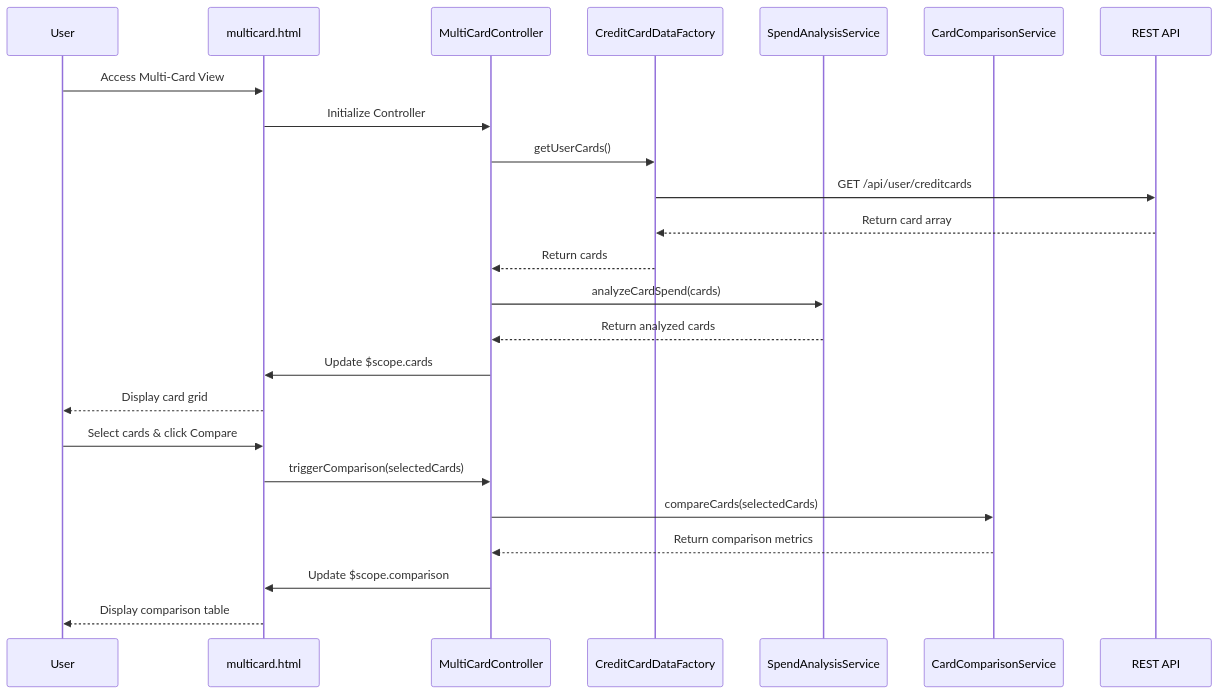
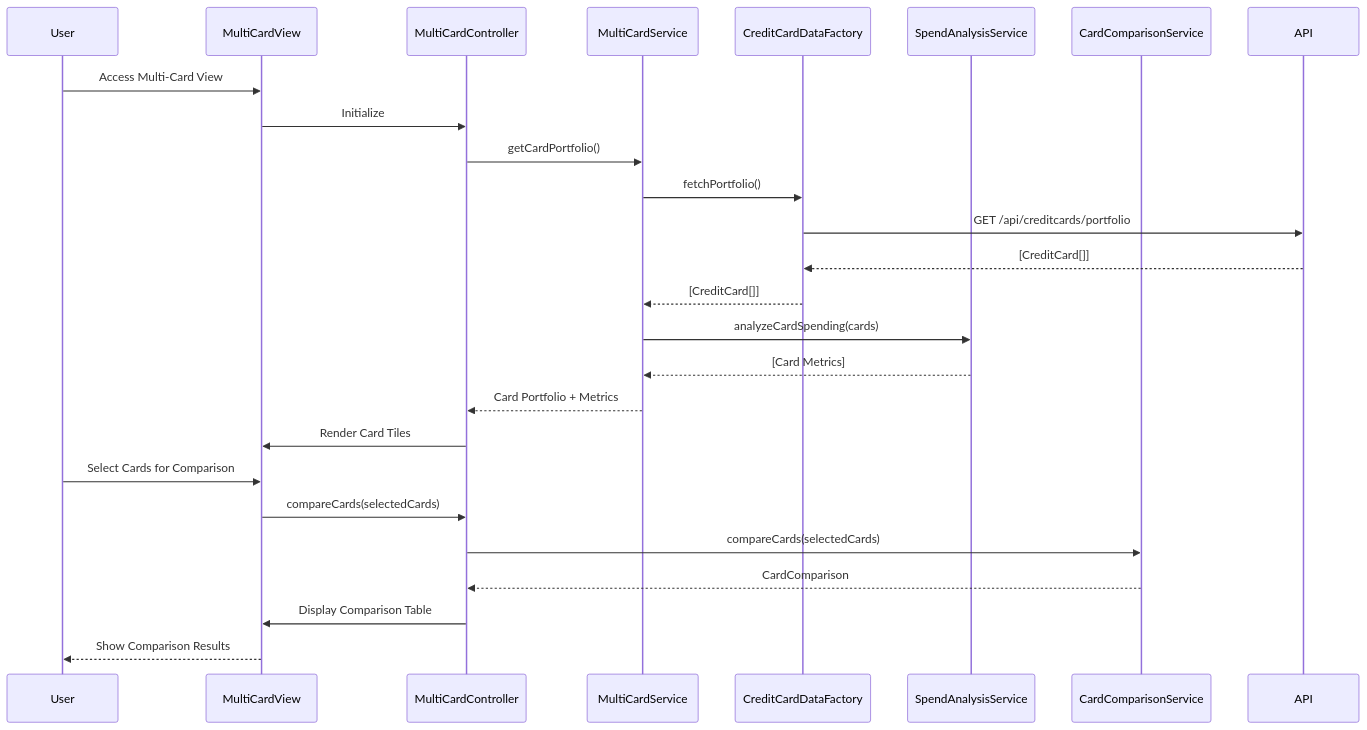
The diagram in LLD/QE-4629_LLD.md (Davamani-git/APB_Demo), drawn with Mermaid before and after one commit. The commit also changed other lines of this file and 2 other files, not shown here.

````diff
--- a/LLD/QE-4629_LLD.md
+++ b/LLD/QE-4629_LLD.md
@@ -86,27 +98,29 @@
 ```mermaid
 sequenceDiagram
     participant User
-    participant View as multicard.html
-    participant Controller as MultiCardController
-    participant Factory as CreditCardDataFactory
-    participant AnalysisService as SpendAnalysisService
-    participant ComparisonService as CardComparisonService
-    participant API as REST API
+    participant MultiCardView
+    participant MultiCardController
+    participant MultiCardService
+    participant CreditCardDataFactory
+    participant SpendAnalysisService
+    participant CardComparisonService
+    participant API
 
-    User->>View: Access Multi-Card View
-    View->>Controller: Initialize Controller
-    Controller->>Factory: getUserCards()
-    Factory->>API: GET /api/user/creditcards
-    API-->>Factory: Return card array
-    Factory-->>Controller: Return cards
-    Controller->>AnalysisService: analyzeCardSpend(cards)
-    AnalysisService-->>Controller: Return analyzed cards
-    Controller->>View: Update $scope.cards
-    View-->>User: Display card grid
-    User->>View: Select cards & click Compare
-    View->>Controller: triggerComparison(selectedCards)
-    Controller->>ComparisonService: compareCards(selectedCards)
-    ComparisonService-->>Controller: Return comparison metrics
-    Controller->>View: Update $scope.comparison
-    View-->>User: Display comparison table
+    User->>MultiCardView: Access Multi-Card View
+    MultiCardView->>MultiCardController: Initialize
+    MultiCardController->>MultiCardService: getCardPortfolio()
+    MultiCardService->>CreditCardDataFactory: fetchPortfolio()
+    CreditCardDataFactory->>API: GET /api/creditcards/portfolio
+    API-->>CreditCardDataFactory: [CreditCard[]]
+    CreditCardDataFactory-->>MultiCardService: [CreditCard[]]
+    MultiCardService->>SpendAnalysisService: analyzeCardSpending(cards)
+    SpendAnalysisService-->>MultiCardService: [Card Metrics]
+    MultiCardService-->>MultiCardController: Card Portfolio + Metrics
+    MultiCardController->>MultiCardView: Render Card Tiles
+    User->>MultiCardView: Select Cards for Comparison
+    MultiCardView->>MultiCardController: compareCards(selectedCards)
+    MultiCardController->>CardComparisonService: compareCards(selectedCards)
+    CardComparisonService-->>MultiCardController: CardComparison
+    MultiCardController->>MultiCardView: Display Comparison Table
+    MultiCardView-->>User: Show Comparison Results
 ```
````
